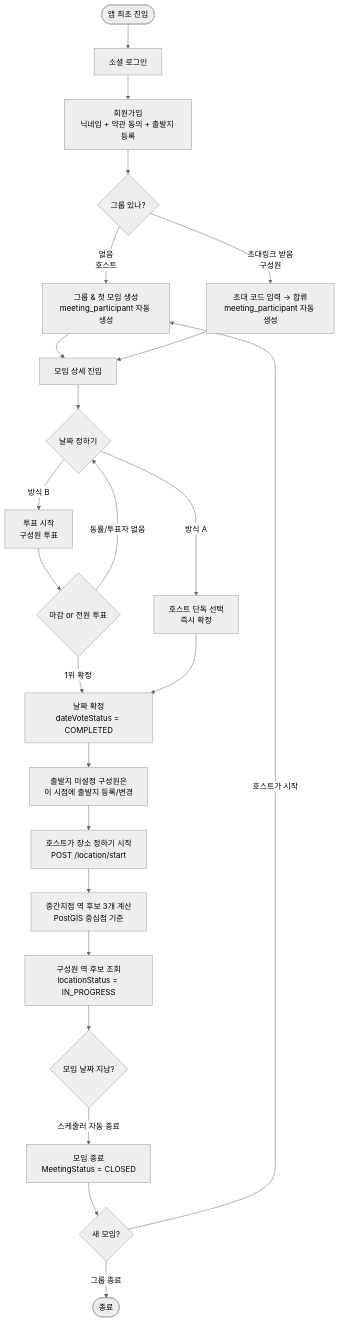
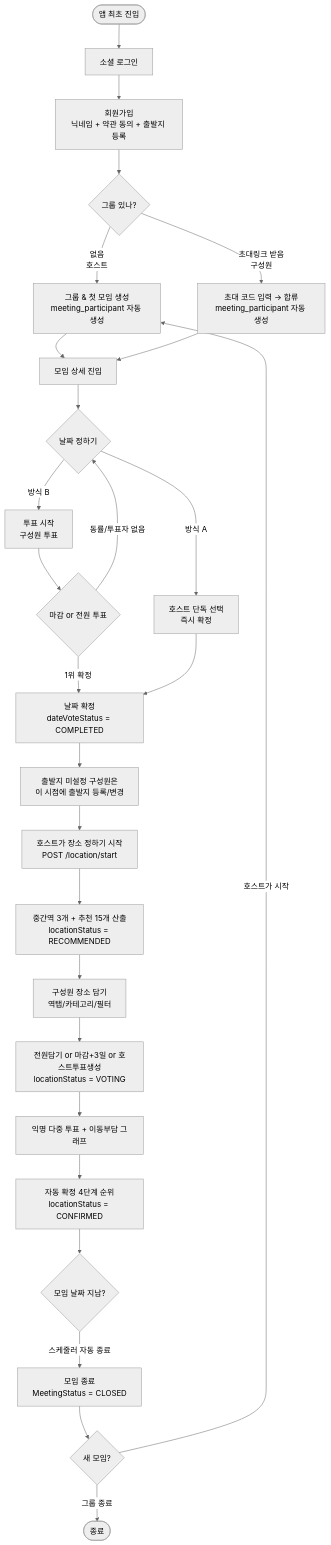
One commit to DDD-Community/DDD-13-IOS2-Server changed the first of 2 diagrams in aidlc-docs/construction/review/overview.md. Above: the diagram before and after it, drawn with Mermaid (neutral theme). The commit also changed other lines of this file and 46 other files, not shown here.

````diff
--- a/aidlc-docs/construction/review/overview.md
+++ b/aidlc-docs/construction/review/overview.md
@@ -7,31 +7,34 @@
 ```mermaid
 flowchart TD
     A([앱 최초 진입]) --> B[소셜 로그인]
     B --> C[회원가입\n닉네임 + 약관 동의 + 출발지 등록]
 
     C --> D{그룹 있나?}
     D -- 없음\n호스트 --> E[그룹 & 첫 모임 생성\nmeeting_participant 자동 생성]
     D -- 초대링크 받음\n구성원 --> F[초대 코드 입력 → 합류\nmeeting_participant 자동 생성]
 
     E --> G[모임 상세 진입]
     F --> G
 
     G --> H{날짜 정하기}
     H -- 방식 A --> I[호스트 단독 선택\n즉시 확정]
     H -- 방식 B --> J[투표 시작\n구성원 투표]
     J --> K{마감 or 전원 투표}
     K -- 1위 확정 --> L[날짜 확정\ndateVoteStatus = COMPLETED]
     K -- 동률/투표자 없음 --> H
     I --> L
 
     L --> M[출발지 미설정 구성원은\n이 시점에 출발지 등록/변경]
     M --> N[호스트가 장소 정하기 시작\nPOST /location/start]
-    N --> O[중간지점 역 후보 3개 계산\nPostGIS 중심점 기준]
-    O --> P[구성원 역 후보 조회\nlocationStatus = IN_PROGRESS]
+    N --> O[중간역 3개 + 추천 15개 산출\nlocationStatus = RECOMMENDED]
+    O --> P[구성원 장소 담기\n역탭/카테고리/필터]
+    P --> P2[전원담기 or 마감+3일 or 호스트투표생성\nlocationStatus = VOTING]
+    P2 --> P3[익명 다중 투표 + 이동부담 그래프]
+    P3 --> P4[자동 확정 4단계 순위\nlocationStatus = CONFIRMED]
 
-    P --> Q{모임 날짜 지남?}
+    P4 --> Q{모임 날짜 지남?}
     Q -- 스케줄러 자동 종료 --> R[모임 종료\nMeetingStatus = CLOSED]
     R --> S{새 모임?}
     S -- 호스트가 시작 --> E
     S -- 그룹 종료 --> T([종료])
 ```
````
